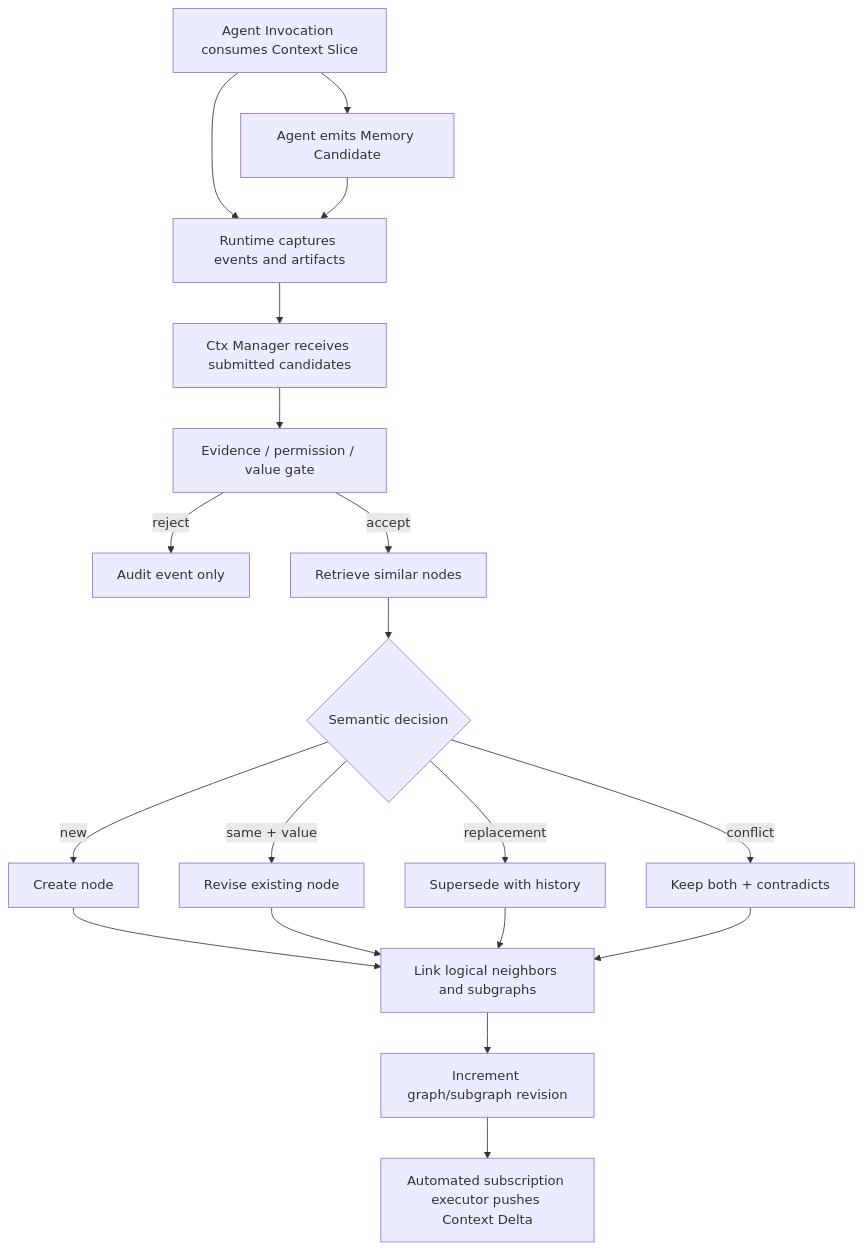
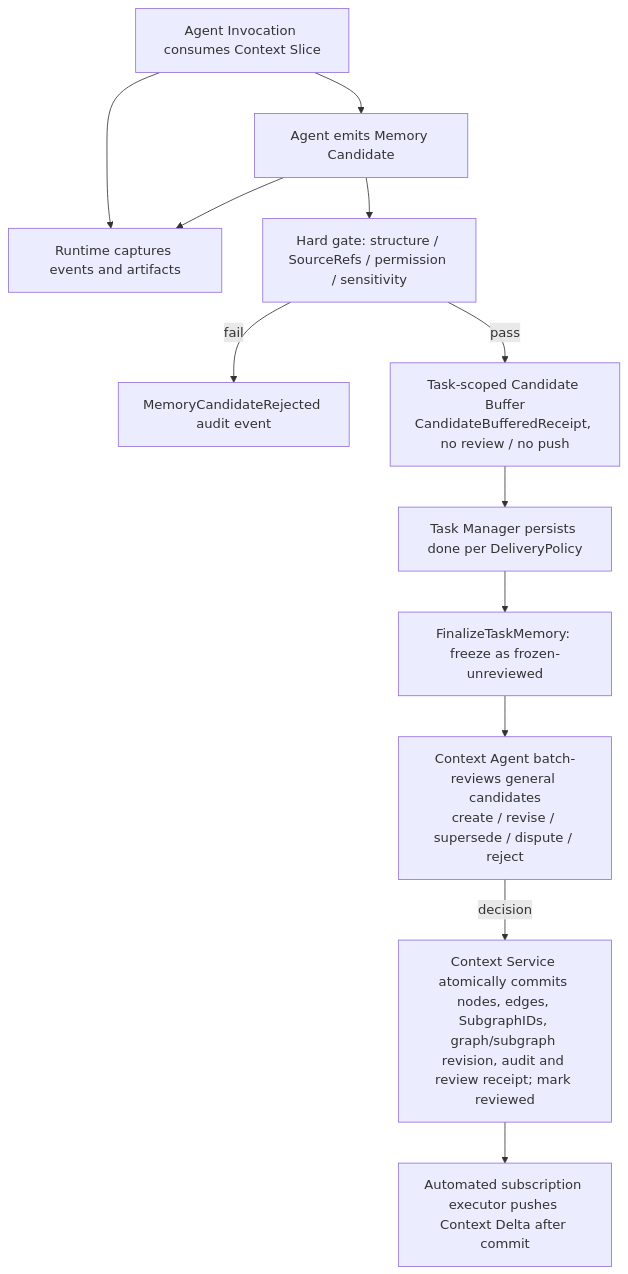
Before and after one commit to KDZZZZZZ/threadmill-AgentTeams: the third of 3 diagrams in docs/threadmill-unified-design.md, drawn with Mermaid. The commit also changed other lines of this file and 11 other files, not shown here.

Commit message:
docs: 重构上下文图与任务记忆设计

````diff
--- a/docs/threadmill-unified-design.md
+++ b/docs/threadmill-unified-design.md
@@ -785,21 +750,14 @@
 ```mermaid
 flowchart TD
   A[Agent Invocation consumes Context Slice] --> E[Runtime captures events and artifacts]
   A --> MC[Agent emits Memory Candidate]
   MC --> E
-  E --> EX[Ctx Manager receives submitted candidates]
-  EX --> GATE[Evidence / permission / value gate]
-  GATE -->|reject| AUDIT[Audit event only]
-  GATE -->|accept| RET[Retrieve similar nodes]
-  RET --> DEC{Semantic decision}
-  DEC -->|new| N[Create node]
-  DEC -->|same + value| U[Revise existing node]
-  DEC -->|replacement| S[Supersede with history]
-  DEC -->|conflict| C[Keep both + contradicts]
-  N --> LINK[Link logical neighbors and subgraphs]
-  U --> LINK
-  S --> LINK
-  C --> LINK
-  LINK --> REV[Increment graph/subgraph revision]
-  REV --> PUSH[Automated subscription executor pushes Context Delta]
+  MC --> GATE[Hard gate: structure / SourceRefs / permission / sensitivity]
+  GATE -->|fail| AUDIT[MemoryCandidateRejected audit event]
+  GATE -->|pass| BUF[Task-scoped Candidate Buffer<br/>CandidateBufferedReceipt, no review / no push]
+  BUF --> DONE[Task Manager persists done per DeliveryPolicy]
+  DONE --> FIN[FinalizeTaskMemory: freeze as frozen-unreviewed]
+  FIN --> CM[Context Agent batch-reviews general candidates<br/>create / revise / supersede / dispute / reject]
+  CM -->|decision| COMMIT[Context Service atomically commits nodes, edges, SubgraphIDs, graph/subgraph revision, audit and review receipt; mark reviewed]
+  COMMIT --> PUSH[Automated subscription executor pushes Context Delta after commit]
 ```
````
